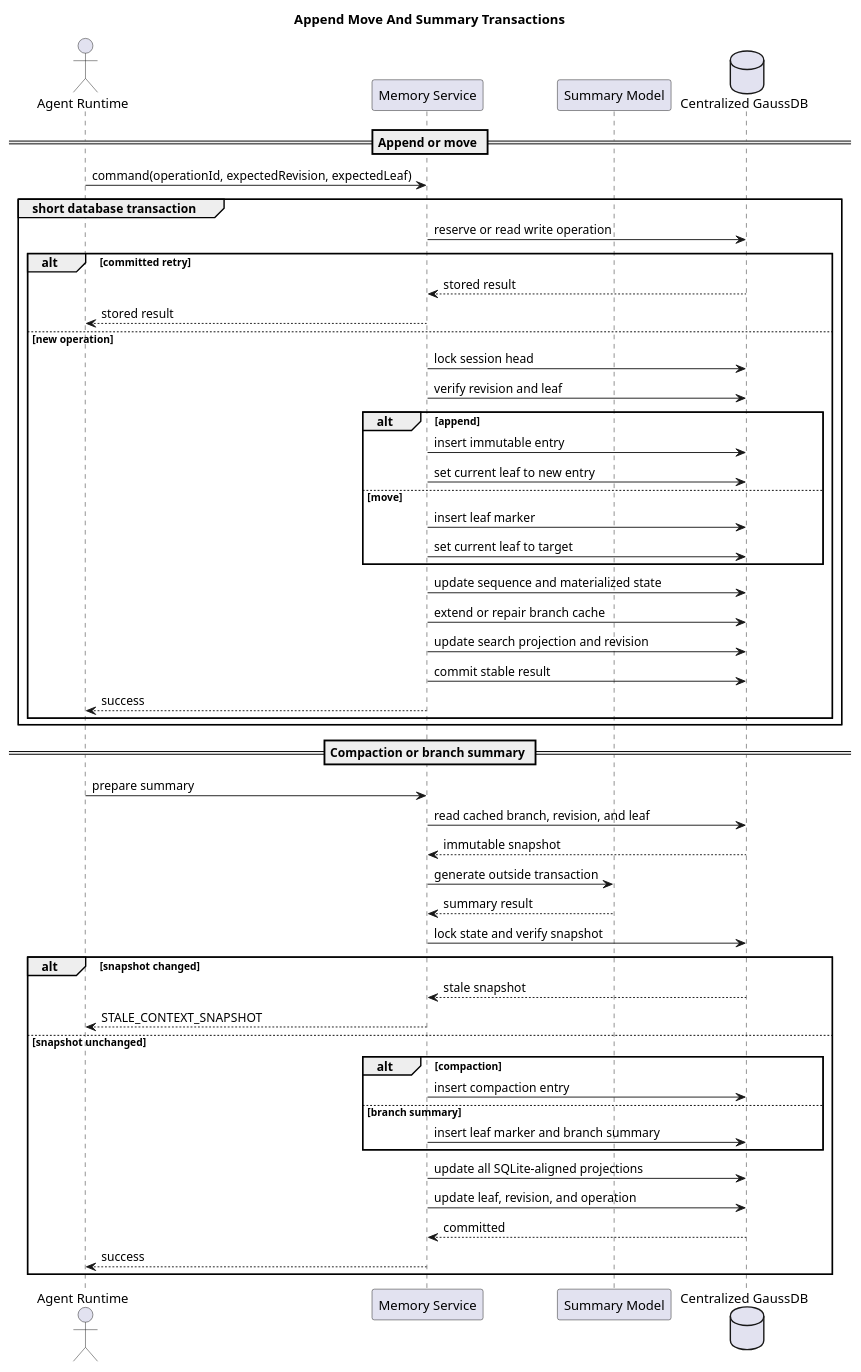
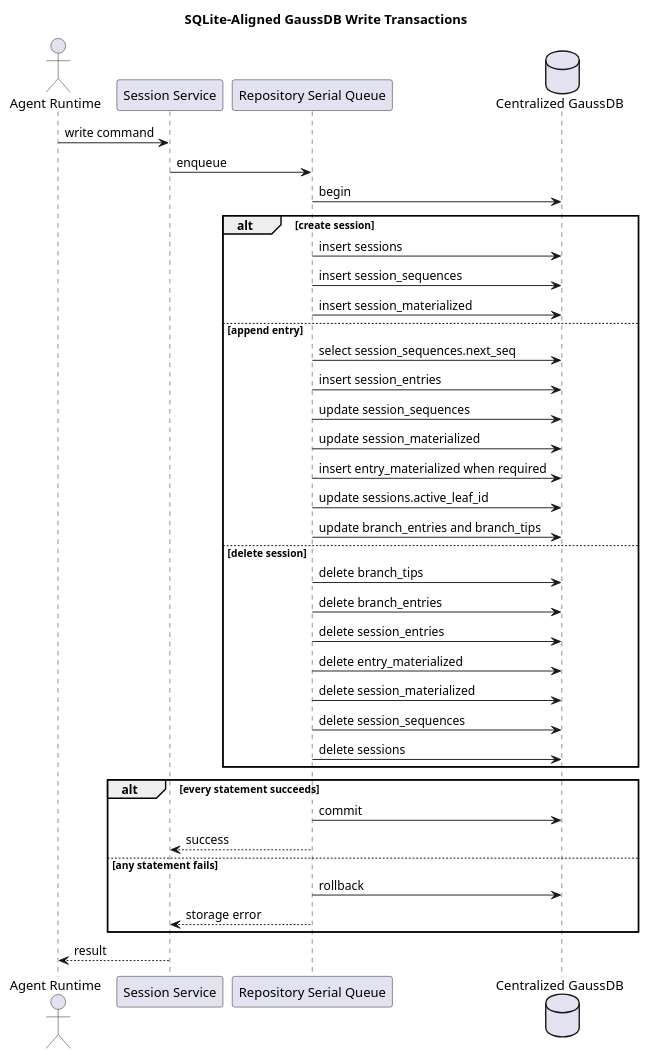
Before and after one commit to superheromeZzh/pi-mono-java-design: the second of 4 diagrams in diagrams/memory/diagram.puml, drawn with PlantUML. The commit also changed other lines of this file and 5 other files, not shown here.

Commit message:
docs(memory): match GaussDB schema to SQLite

```diff
--- a/diagrams/memory/diagram.puml
+++ b/diagrams/memory/diagram.puml
@@ -67,67 +57,55 @@
 @startuml memory-write-transaction
-title Append Move And Summary Transactions
+title SQLite-Aligned GaussDB Write Transactions
 skinparam backgroundColor #FFFFFF
 
 ' Source evidence:
 ' - badlogic/pi-mono@f0deb8dd8e9611e89b5bc4145ca92c03ae6ed4ee
-' - packages/agent/src/harness/session/session.ts: appendTypedEntry and moveTo
-' - packages/storage/sqlite-node/src/sqlite/storage/index.ts: appendEntry and readPathToRootOrCompaction
+' - packages/storage/sqlite-node/src/sqlite/storage/index.ts: create and appendEntry
 ' - packages/storage/sqlite-node/src/sqlite/storage/branch-cache.ts: appendEntryToBranchCache
-' - packages/agent/src/harness/compaction/compaction.ts: prepareCompaction and compact
-' Observed behavior: pi stores leaf markers and generates summaries before append.
-' Design reason: commit entry, projections, leaf state, and operation atomically.
-' Java divergence: revision checks and idempotency are target-only reliability changes.
+' - packages/storage/sqlite-node/src/sqlite/repo.ts: delete
+' Observed behavior: create, append, and delete use explicit SQLite transaction order.
+' Target adaptation: execute the same table writes through JDBC and GaussDB SQL syntax.
+' Design reason: do not add revision, idempotency, row-lock protocol, or cascade delete.
 
 actor "Agent Runtime" as runtime
-participant "Memory Service" as memory
-participant "Summary Model" as model
+participant "Session Service" as service
+participant "Repository Serial Queue" as queue
 database "Centralized GaussDB" as db
 
-== Append or move ==
-runtime -> memory : command(operationId, expectedRevision, expectedLeaf)
-group short database transaction
-  memory -> db : reserve or read write operation
-  alt committed retry
-    db --> memory : stored result
-    memory --> runtime : stored result
-  else new operation
-    memory -> db : lock session head
-    memory -> db : verify revision and leaf
-    alt append
-      memory -> db : insert immutable entry
-      memory -> db : set current leaf to new entry
-    else move
-      memory -> db : insert leaf marker
-      memory -> db : set current leaf to target
-    end
-    memory -> db : update sequence and materialized state
-    memory -> db : extend or repair branch cache
-    memory -> db : update search projection and revision
-    memory -> db : commit stable result
-    memory --> runtime : success
-  end
+runtime -> service : write command
+service -> queue : enqueue
+queue -> db : begin
+
+alt create session
+  queue -> db : insert sessions
+  queue -> db : insert session_sequences
+  queue -> db : insert session_materialized
+else append entry
+  queue -> db : select session_sequences.next_seq
+  queue -> db : insert session_entries
+  queue -> db : update session_sequences
+  queue -> db : update session_materialized
+  queue -> db : insert entry_materialized when required
+  queue -> db : update sessions.active_leaf_id
+  queue -> db : update branch_entries and branch_tips
+else delete session
+  queue -> db : delete branch_tips
+  queue -> db : delete branch_entries
+  queue -> db : delete session_entries
+  queue -> db : delete entry_materialized
+  queue -> db : delete session_materialized
+  queue -> db : delete session_sequences
+  queue -> db : delete sessions
 end
 
-== Compaction or branch summary ==
-runtime -> memory : prepare summary
-memory -> db : read cached branch, revision, and leaf
-db --> memory : immutable snapshot
-memory -> model : generate outside transaction
-model --> memory : summary result
-memory -> db : lock state and verify snapshot
-alt snapshot changed
-  db --> memory : stale snapshot
-  memory --> runtime : STALE_CONTEXT_SNAPSHOT
-else snapshot unchanged
-  alt compaction
-    memory -> db : insert compaction entry
-  else branch summary
-    memory -> db : insert leaf marker and branch summary
-  end
-  memory -> db : update all SQLite-aligned projections
-  memory -> db : update leaf, revision, and operation
-  db --> memory : committed
-  memory --> runtime : success
+alt every statement succeeds
+  queue -> db : commit
+  queue --> service : success
+else any statement fails
+  queue -> db : rollback
+  queue --> service : storage error
 end
 
+service --> runtime : result
+
 @enduml
```
